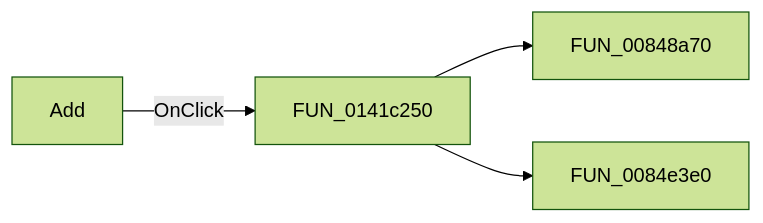
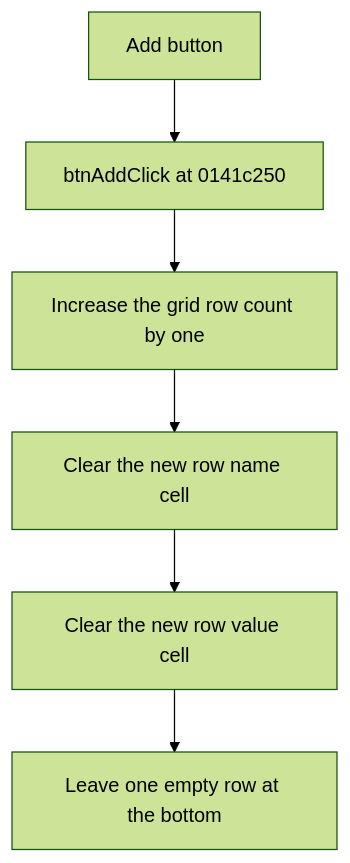
Before and after one commit to MovGP0/TIARA: the diagram in docs/ui-controls/frmschmacroparameditor/btnadd-a2d3d3a7cc.md, drawn with Mermaid (forest theme). The commit also changed other lines of this file and 387 other files, not shown here.

````diff
--- a/docs/ui-controls/frmschmacroparameditor/btnadd-a2d3d3a7cc.md
+++ b/docs/ui-controls/frmschmacroparameditor/btnadd-a2d3d3a7cc.md
@@ -27,6 +20,8 @@
 ```mermaid
-flowchart LR
-    control["Add"] -->|OnClick| handler["FUN_0141c250"]
-    handler --> call1["FUN_00848a70"]
-    handler --> call2["FUN_0084e3e0"]
+flowchart TD
+    control["Add button"] --> handler["btnAddClick at 0141c250"]
+    handler --> grow["Increase the grid row count by one"]
+    grow --> clearName["Clear the new row name cell"]
+    clearName --> clearValue["Clear the new row value cell"]
+    clearValue --> result["Leave one empty row at the bottom"]
 ```
````
